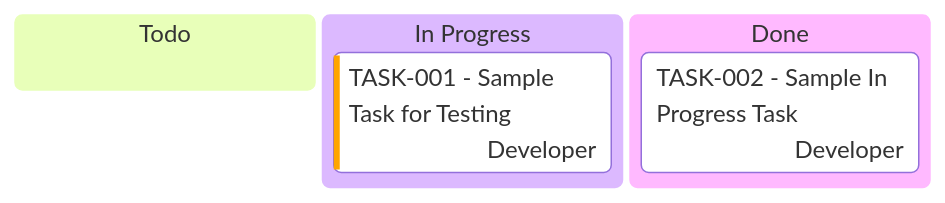
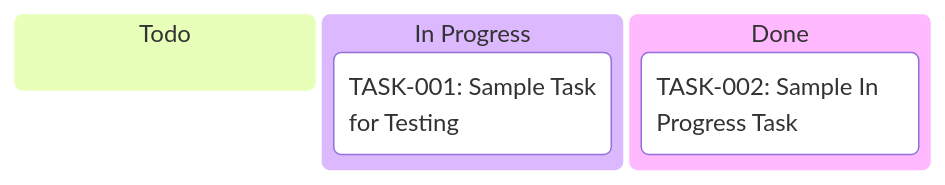
One commit to Interstellar-code/taskheromd changed the first of 2 diagrams in plan.md. Above: the diagram before and after it, drawn with Mermaid. The commit also changed 5 other files, not shown here.

````diff
--- a/plan.md
+++ b/plan.md
@@ -13,14 +13,14 @@
 ```mermaid
 ---
 config:
   kanban:
     ticketBaseUrl: 'https://project.atlassian.net/browse/#TICKET#'
 ---
 kanban
   Todo
     
   [In Progress]
-        task-001[TASK-001 - Sample Task for Testing]@{ priority: 'High', assigned: 'Developer', type: 'Development', due: '2025-06-01' }
+        TASK-001: Sample Task for Testing
   [Done]
-        task-002[TASK-002 - Sample In Progress Task]@{ priority: 'Medium', assigned: 'Developer', type: 'Bug', due: '2025-06-05' }
+        TASK-002: Sample In Progress Task
 ```
````
